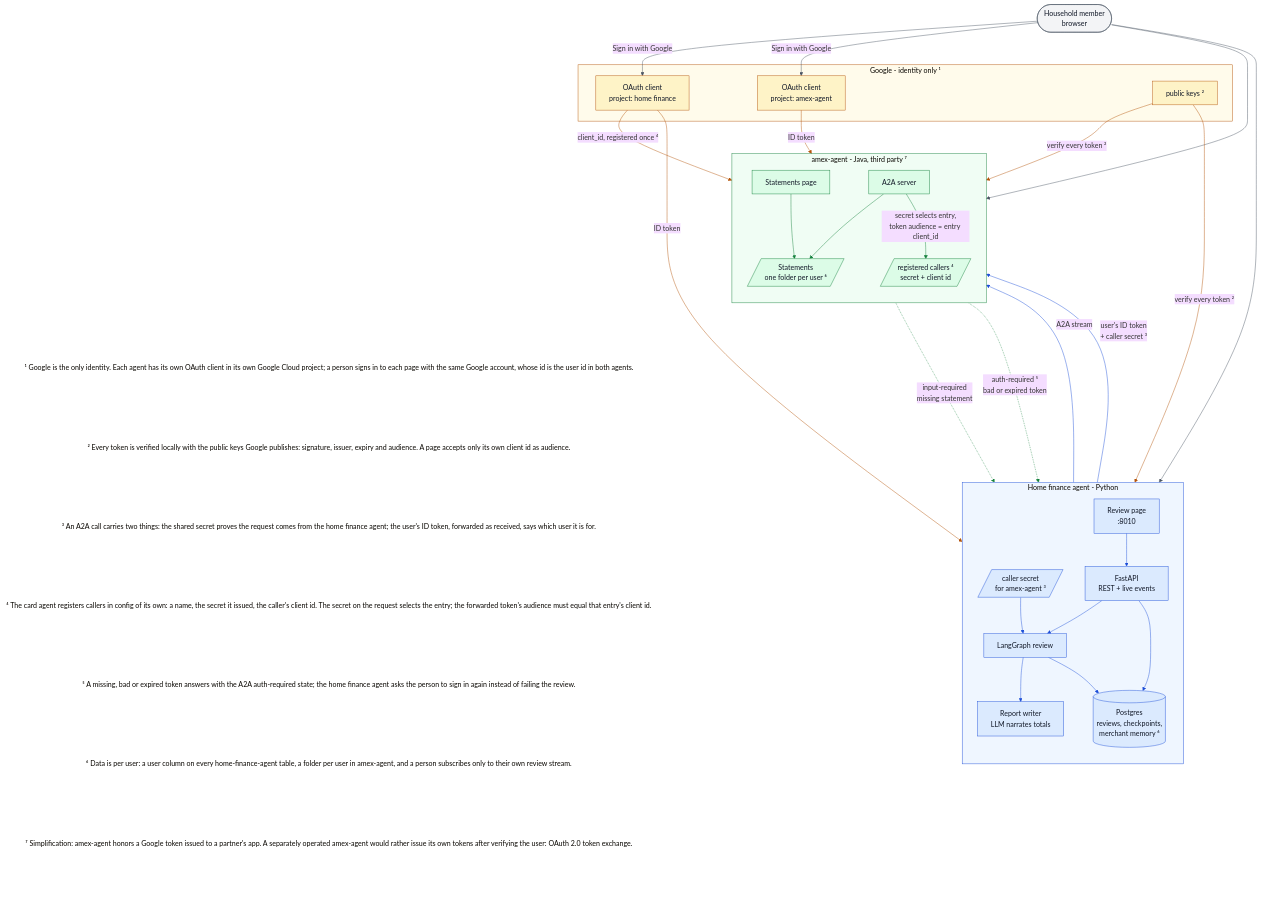
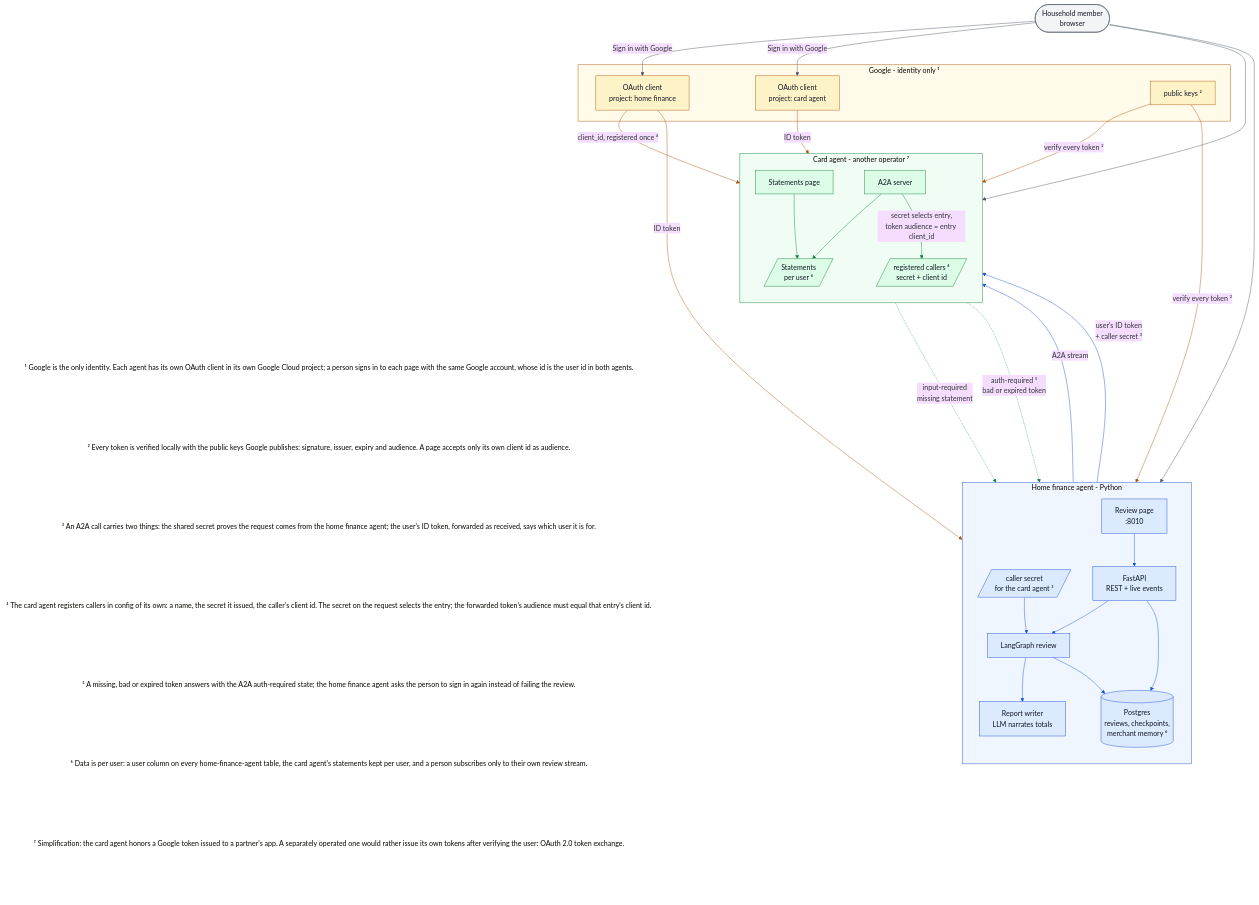
The diagram in docs/sign-in.md (erancha/home-finance-agent), drawn with Mermaid (base theme) before and after one commit. The commit also changed other lines of this file and 36 other files, not shown here.

```diff
--- a/docs/sign-in.md
+++ b/docs/sign-in.md
@@ -24,20 +25,20 @@
     HG[LangGraph review]
     HLLM[Report writer<br/>LLM narrates totals]
     HDB[(Postgres<br/>reviews, checkpoints,<br/>merchant memory ⁶)]
-    HSEC[/caller secret<br/>for amex-agent ³/]
+    HSEC[/caller secret<br/>for the card agent ³/]
   end
 
-  subgraph AMX[amex-agent  - Java, third party ⁷]
+  subgraph AMX[Card agent  - another operator ⁷]
     direction TB
     AP[Statements page]
     AA2A[A2A server]
-    AFS[/Statements<br/>one folder per user ⁶/]
+    AFS[/Statements<br/>per user ⁶/]
     AREG[/registered callers ⁴<br/>secret + client id/]
   end
 
   subgraph GOOG[Google  - identity only ¹]
     GC1[OAuth client<br/>project: home finance]
-    GC2[OAuth client<br/>project: amex-agent]
+    GC2[OAuth client<br/>project: card agent]
     GK[public keys ²]
   end
 
@@ -57,7 +58,7 @@
   HG -->|A2A stream| AA2A
   HG -- "user's ID token<br/>+ caller secret ³" --> AA2A
 
-  %% amex-agent edges: 12-16
+  %% card agent edges: 12-16
   AP --> AFS
   AA2A --> AFS
   AA2A -- "secret selects entry,<br/>token audience = entry client_id" --> AREG
@@ -88,10 +89,10 @@
     subgraph N5[⁵ A missing, bad or expired token answers with the A2A auth-required state; the home finance agent asks the person to sign in again instead of failing the review.]
       n5[ ]
     end
-    subgraph N6[⁶ Data is per user: a user column on every home-finance-agent table, a folder per user in amex-agent, and a person subscribes only to their own review stream.]
+    subgraph N6[⁶ Data is per user: a user column on every home-finance-agent table, the card agent's statements kept per user, and a person subscribes only to their own review stream.]
       n6[ ]
     end
-    subgraph N7[⁷ Simplification: amex-agent honors a Google token issued to a partner's app. A separately operated amex-agent would rather issue its own tokens after verifying the user: OAuth 2.0 token exchange.]
+    subgraph N7[⁷ Simplification: the card agent honors a Google token issued to a partner's app. A separately operated one would rather issue its own tokens after verifying the user: OAuth 2.0 token exchange.]
       n7[ ]
     end
     n1 ~~~ n2 ~~~ n3 ~~~ n4 ~~~ n5 ~~~ n6 ~~~ n7
```
